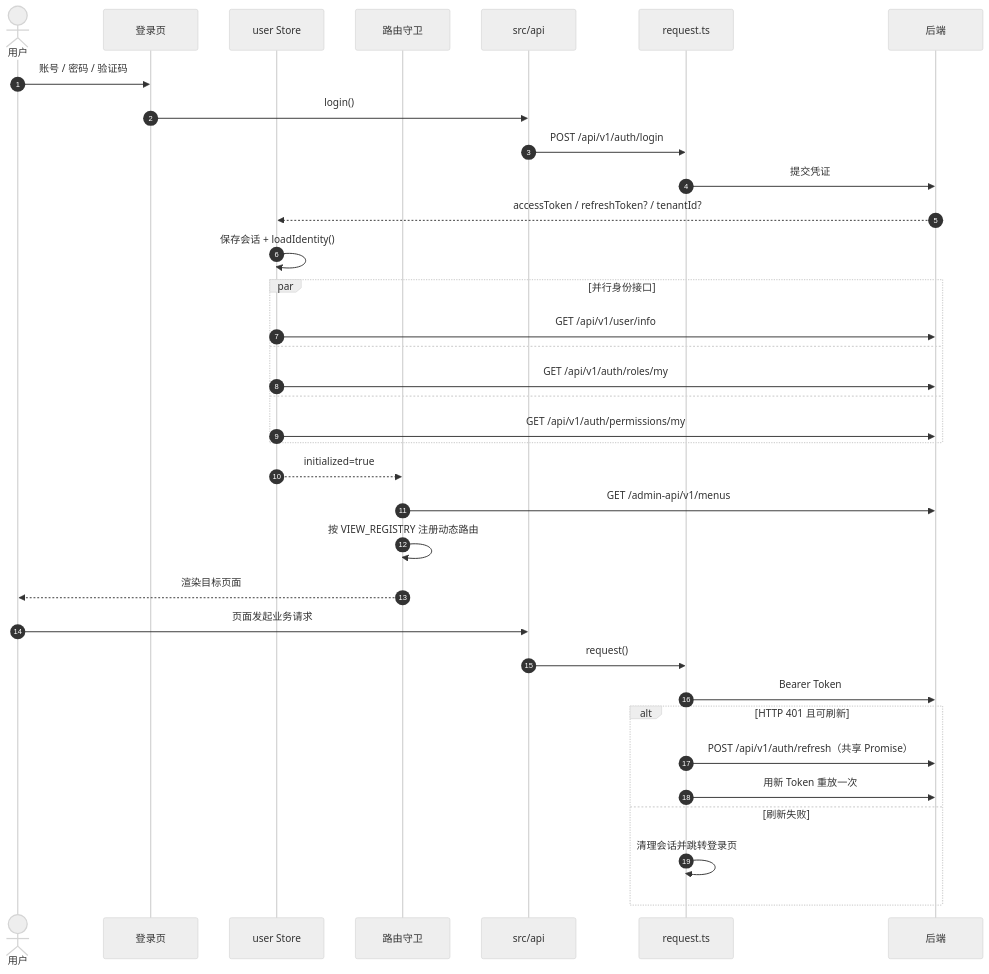
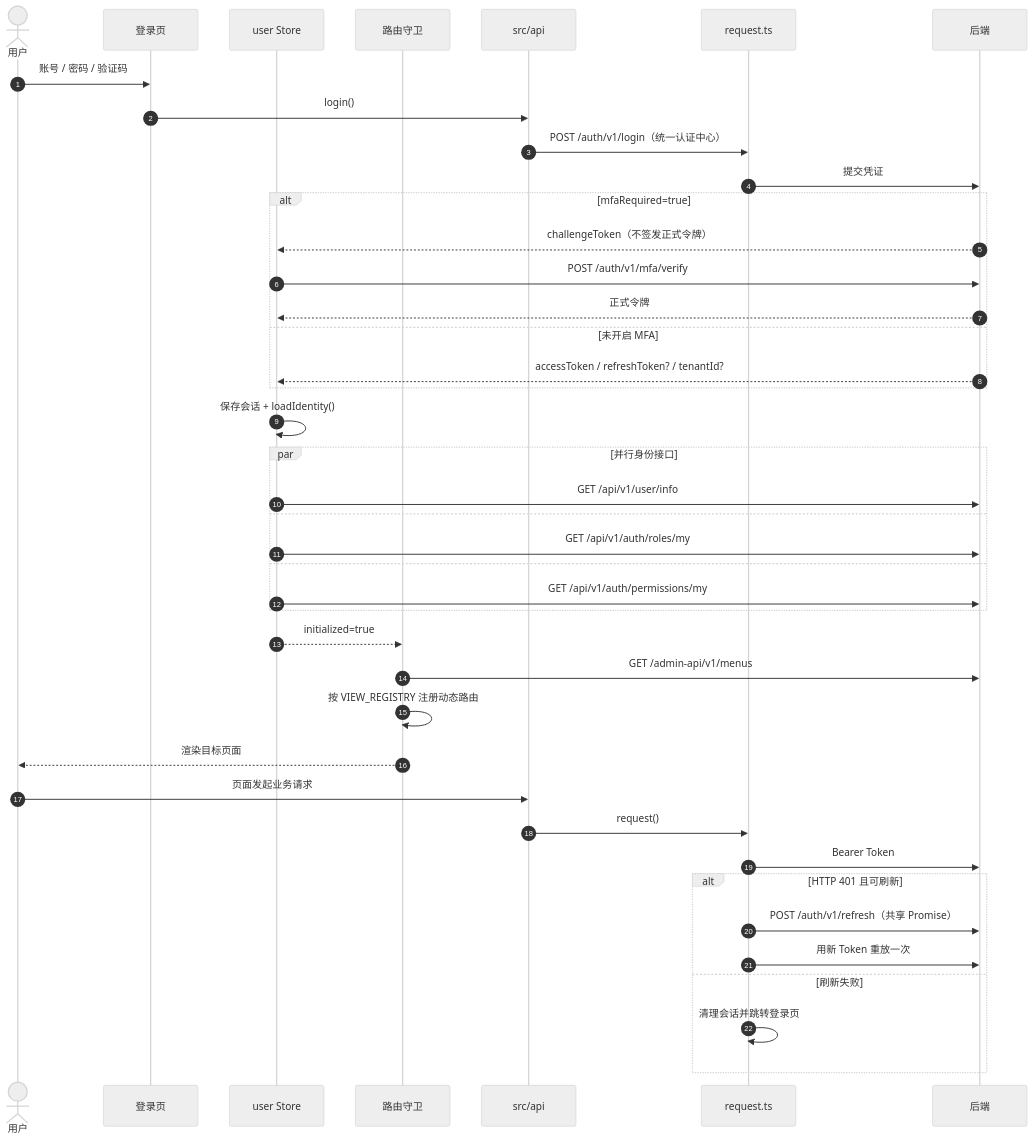
Before and after one commit to apex-cloud-service/apex-admin-web: the second of 3 diagrams in README.md, drawn with Mermaid (neutral theme). The commit also changed 149 other files, not shown here.

First line of the commit message:
docs(governance): FE-033 全仓文档/脚本/配置目录重组与图表重制收口

````diff
--- a/README.md
+++ b/README.md
@@ -177,37 +177,43 @@
 ```mermaid
 sequenceDiagram
     autonumber
     actor U as 用户
     participant L as 登录页
     participant S as user Store
     participant R as 路由守卫
     participant A as src/api
     participant Q as request.ts
     participant B as 后端
     U->>L: 账号 / 密码 / 验证码
     L->>A: login()
-    A->>Q: POST /api/v1/auth/login
+    A->>Q: POST /auth/v1/login（统一认证中心）
     Q->>B: 提交凭证
-    B-->>S: accessToken / refreshToken? / tenantId?
+    alt mfaRequired=true
+        B-->>S: challengeToken（不签发正式令牌）
+        S->>B: POST /auth/v1/mfa/verify
+        B-->>S: 正式令牌
+    else 未开启 MFA
+        B-->>S: accessToken / refreshToken? / tenantId?
+    end
     S->>S: 保存会话 + loadIdentity()
     par 并行身份接口
         S->>B: GET /api/v1/user/info
     and
         S->>B: GET /api/v1/auth/roles/my
     and
         S->>B: GET /api/v1/auth/permissions/my
     end
     S-->>R: initialized=true
     R->>B: GET /admin-api/v1/menus
     R->>R: 按 VIEW_REGISTRY 注册动态路由
     R-->>U: 渲染目标页面
     U->>A: 页面发起业务请求
     A->>Q: request()
     Q->>B: Bearer Token
     alt HTTP 401 且可刷新
-        Q->>B: POST /api/v1/auth/refresh（共享 Promise）
+        Q->>B: POST /auth/v1/refresh（共享 Promise）
         Q->>B: 用新 Token 重放一次
     else 刷新失败
         Q->>Q: 清理会话并跳转登录页
     end
 ```
````
